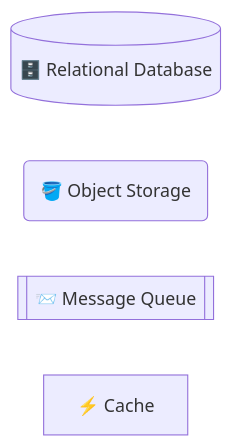
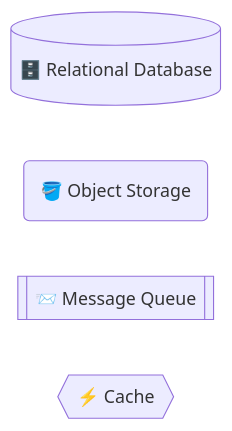
Before and after one commit to naoji3x/grandma-candy-shop: the fifth of 11 diagrams in docs/project/030-アーキテクチャ/040-インフラ構成図/ifd-mermaid-rules.md, drawn with Mermaid. The commit also changed other lines of this file, not shown here.

Commit message:
docs(update): インフラ構成図の修正

````diff
--- a/docs/project/030-アーキテクチャ/040-インフラ構成図/ifd-mermaid-rules.md
+++ b/docs/project/030-アーキテクチャ/040-インフラ構成図/ifd-mermaid-rules.md
@@ -165,7 +165,7 @@
 ```mermaid
 flowchart LR
 db[("🗄️ Relational Database")]
 storage("🪣 Object Storage")
 queue[["📨 Message Queue"]]
-cache["⚡ Cache"]
+cache{{"⚡ Cache"}}
 ```
````
